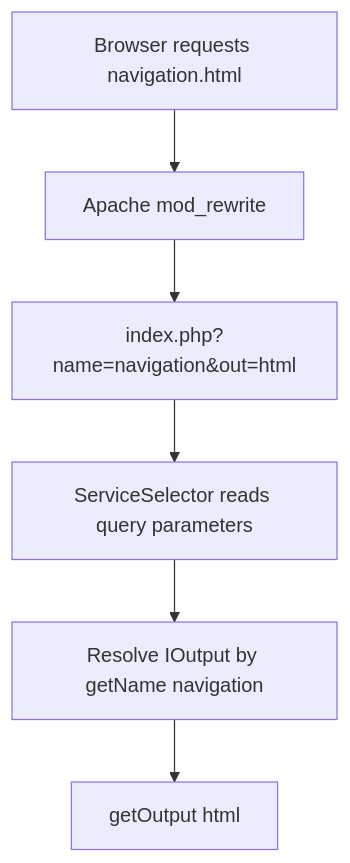
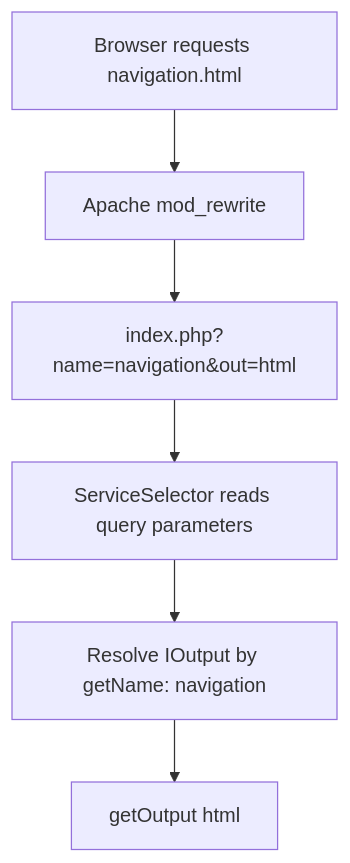
Before and after one commit to ddbase3/Base3Framework: the fourth of 14 diagrams in docs/routing.md, drawn with Mermaid. The commit also changed other lines of this file, not shown here.

````diff
--- a/docs/routing.md
+++ b/docs/routing.md
@@ -253,8 +253,8 @@
 ```mermaid
 flowchart TD
-	A[Browser requests navigation.html] --> B[Apache mod_rewrite]
-	B --> C[index.php?name=navigation&out=html]
-	C --> D[ServiceSelector reads query parameters]
-	D --> E[Resolve IOutput by getName navigation]
-	E --> F[getOutput html]
+	A["Browser requests navigation.html"] --> B["Apache mod_rewrite"]
+	B --> C["index.php?name=navigation&out=html"]
+	C --> D["ServiceSelector reads query parameters"]
+	D --> E["Resolve IOutput by getName: navigation"]
+	E --> F["getOutput html"]
 ```
````
